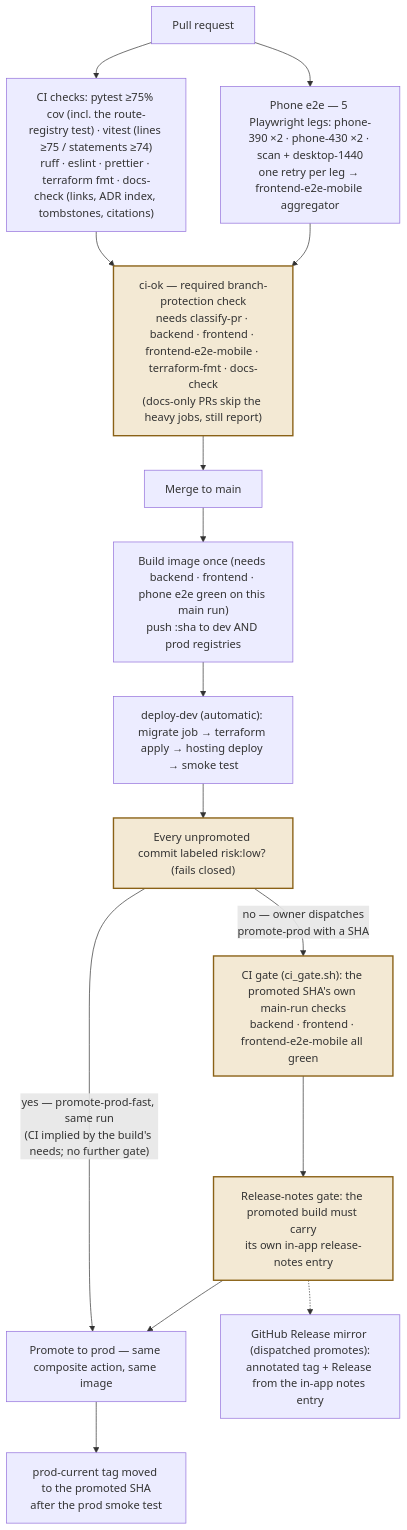
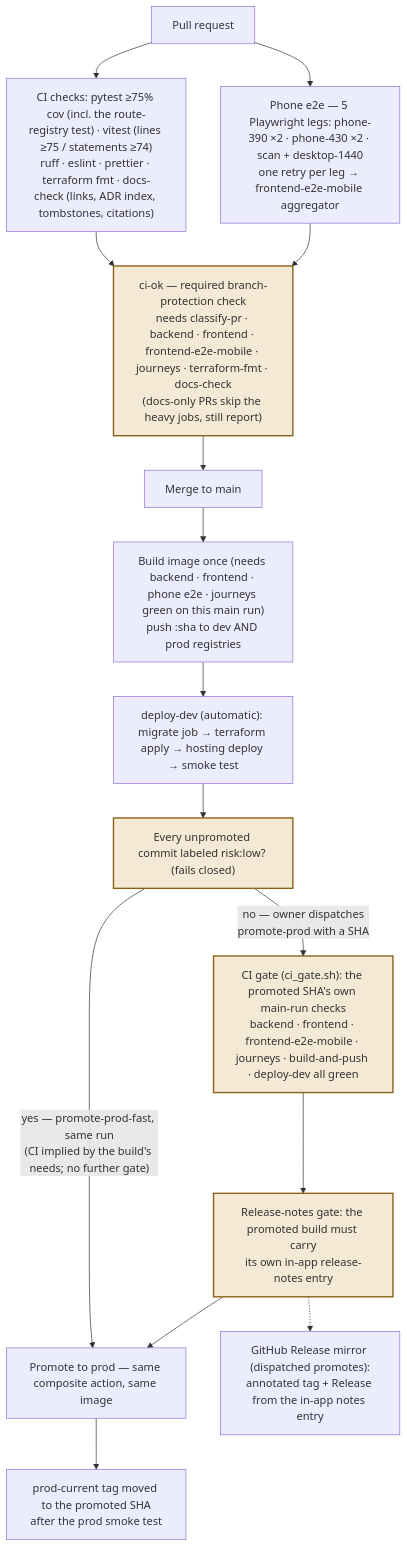
One commit to whitebreadisu/hyperspacevault changed the second of 2 diagrams in specification_documents/architecture/Architecture_Physical.md. Above: the diagram before and after it, drawn with Mermaid. The commit also changed other lines of this file and 7 other files, not shown here.

First line of the commit message:
ci: BL-279 WS-3 3e-1 - journeys job as the PR gate; ci_gate.sh requires journeys + deploy-dev (#330)

````diff
--- a/specification_documents/architecture/Architecture_Physical.md
+++ b/specification_documents/architecture/Architecture_Physical.md
@@ -60,20 +60,20 @@
 ```mermaid
 flowchart TB
   pr["Pull request"] --> checks["CI checks: pytest ≥75% cov (incl. the route-registry test) · vitest (lines ≥75 / statements ≥74)<br/>ruff · eslint · prettier · terraform fmt · docs-check (links, ADR index, tombstones, citations)"]
   pr --> e2e["Phone e2e — 5 Playwright legs: phone-390 ×2 · phone-430 ×2 · scan + desktop-1440<br/>one retry per leg → frontend-e2e-mobile aggregator"]
-  checks --> ciok["ci-ok — required branch-protection check<br/>needs classify-pr · backend · frontend · frontend-e2e-mobile · terraform-fmt · docs-check<br/>(docs-only PRs skip the heavy jobs, still report)"]
+  checks --> ciok["ci-ok — required branch-protection check<br/>needs classify-pr · backend · frontend · frontend-e2e-mobile · journeys · terraform-fmt · docs-check<br/>(docs-only PRs skip the heavy jobs, still report)"]
   e2e --> ciok
   ciok --> merge["Merge to main"]
-  merge --> build["Build image once (needs backend · frontend · phone e2e green on this main run)<br/>push :sha to dev AND prod registries"]
+  merge --> build["Build image once (needs backend · frontend · phone e2e · journeys green on this main run)<br/>push :sha to dev AND prod registries"]
   build --> dev["deploy-dev (automatic): migrate job → terraform apply → hosting deploy → smoke test"]
   dev --> gate["Every unpromoted commit labeled risk:low? (fails closed)"]
   gate -->|"yes — promote-prod-fast, same run<br/>(CI implied by the build's needs; no further gate)"| promote
-  gate -->|"no — owner dispatches<br/>promote-prod with a SHA"| cigate["CI gate (ci_gate.sh): the promoted SHA's own main-run checks<br/>backend · frontend · frontend-e2e-mobile all green"]
+  gate -->|"no — owner dispatches<br/>promote-prod with a SHA"| cigate["CI gate (ci_gate.sh): the promoted SHA's own main-run checks<br/>backend · frontend · frontend-e2e-mobile · journeys · build-and-push · deploy-dev all green"]
   cigate --> notes["Release-notes gate: the promoted build must carry<br/>its own in-app release-notes entry"]
   notes --> promote["Promote to prod — same composite action, same image"]
   promote --> tag["prod-current tag moved to the promoted SHA<br/>after the prod smoke test"]
   notes -.-> mirror["GitHub Release mirror (dispatched promotes):<br/>annotated tag + Release from the in-app notes entry"]
 
   classDef gatestyle fill:#F3E9D4,stroke:#8A6116,stroke-width:2px;
   class gate,cigate,notes,ciok gatestyle;
 ```
````
